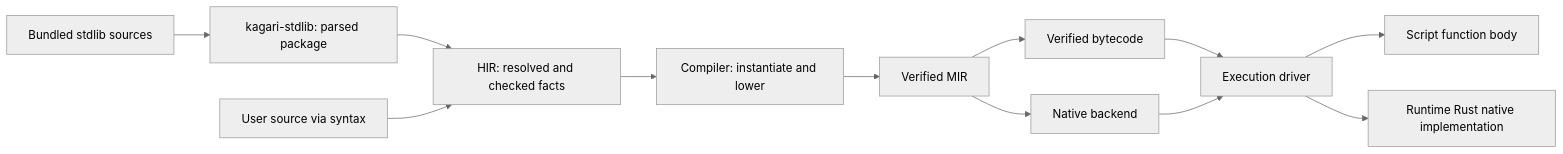
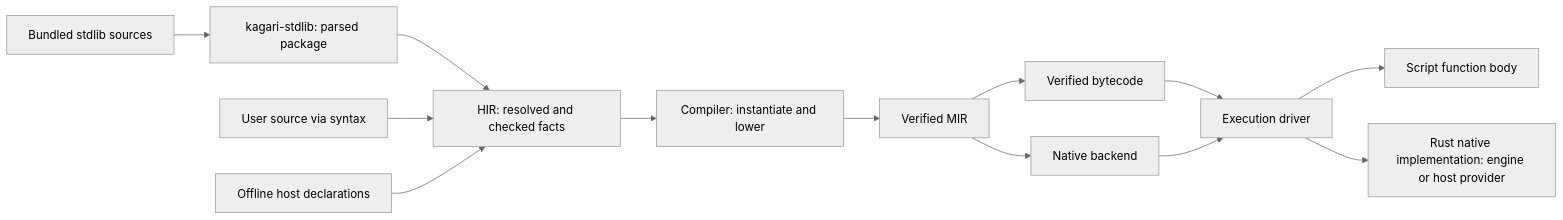
Before and after one commit to kagari-lang/kagari: the diagram in docs/stdlib-hir-refactor.md, drawn with Mermaid (neutral theme). The commit also changed other lines of this file and 1 other file, not shown here.

Commit message:
docs(plan): unify engine and host native callable metadata

````diff
--- a/docs/stdlib-hir-refactor.md
+++ b/docs/stdlib-hir-refactor.md
@@ -81,14 +86,15 @@
 ```mermaid
 flowchart LR
     Sources["Bundled stdlib sources"] --> Std["kagari-stdlib: parsed package"]
     Std --> HIR["HIR: resolved and checked facts"]
     User["User source via syntax"] --> HIR
+    Host["Offline host declarations"] --> HIR
     HIR --> Compiler["Compiler: instantiate and lower"]
     Compiler --> MIR["Verified MIR"]
     MIR --> BC["Verified bytecode"]
     MIR --> JIT["Native backend"]
     BC --> Exec["Execution driver"]
     JIT --> Exec
     Exec --> Script["Script function body"]
-    Exec --> Native["Runtime Rust native implementation"]
+    Exec --> Native["Rust native implementation: engine or host provider"]
 ```
````
